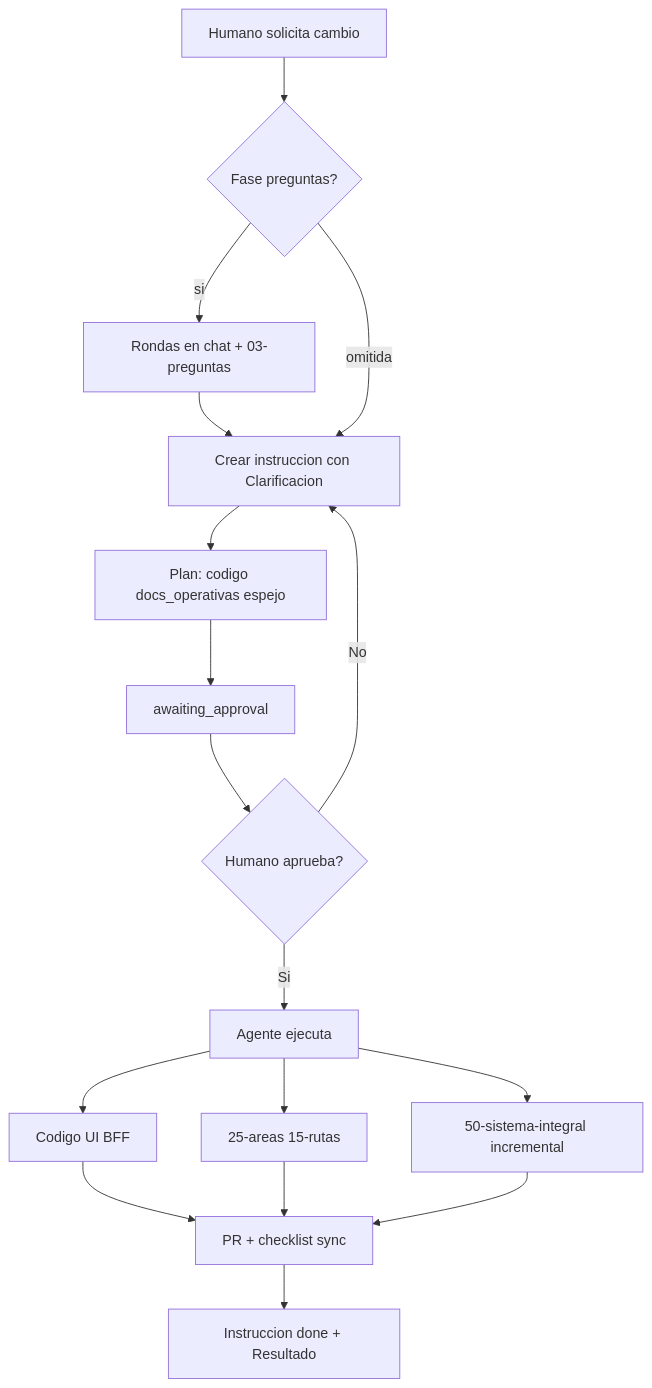
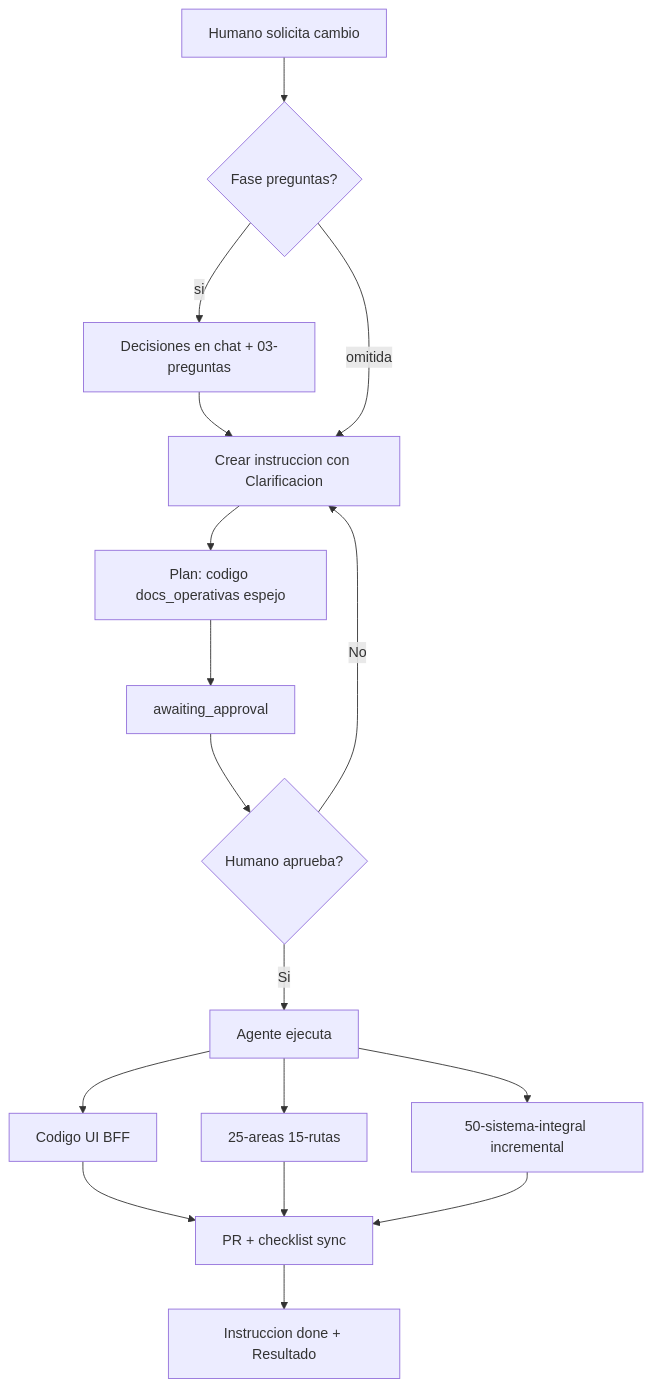
Before and after one commit to uxlelmar-eaac/uxyngraphar-kit: the first of 2 diagrams in español/frontend/10-guias/flujo-instrucciones-documentacion.md, drawn with Mermaid. The commit also changed other lines of this file and 62 other files, not shown here.

````diff
--- a/español/frontend/10-guias/flujo-instrucciones-documentacion.md
+++ b/español/frontend/10-guias/flujo-instrucciones-documentacion.md
@@ -16,19 +16,19 @@
 ```mermaid
 flowchart TD
   H[Humano solicita cambio] --> Q{Fase preguntas?}
-  Q -->|si| Rondas[Rondas en chat + 03-preguntas]
+  Q -->|si| Rondas[Decisiones en chat + 03-preguntas]
   Rondas --> I[Crear instruccion con Clarificacion]
   Q -->|omitida| I
   I --> P[Plan: codigo docs_operativas espejo]
   P --> W[awaiting_approval]
   W --> A{Humano aprueba?}
   A -->|No| I
   A -->|Si| E[Agente ejecuta]
   E --> C[Codigo UI BFF]
   E --> O[25-areas 15-rutas]
   E --> M[50-sistema-integral incremental]
   C --> R[PR + checklist sync]
   O --> R
   M --> R
   R --> D[Instruccion done + Resultado]
 ```
````
